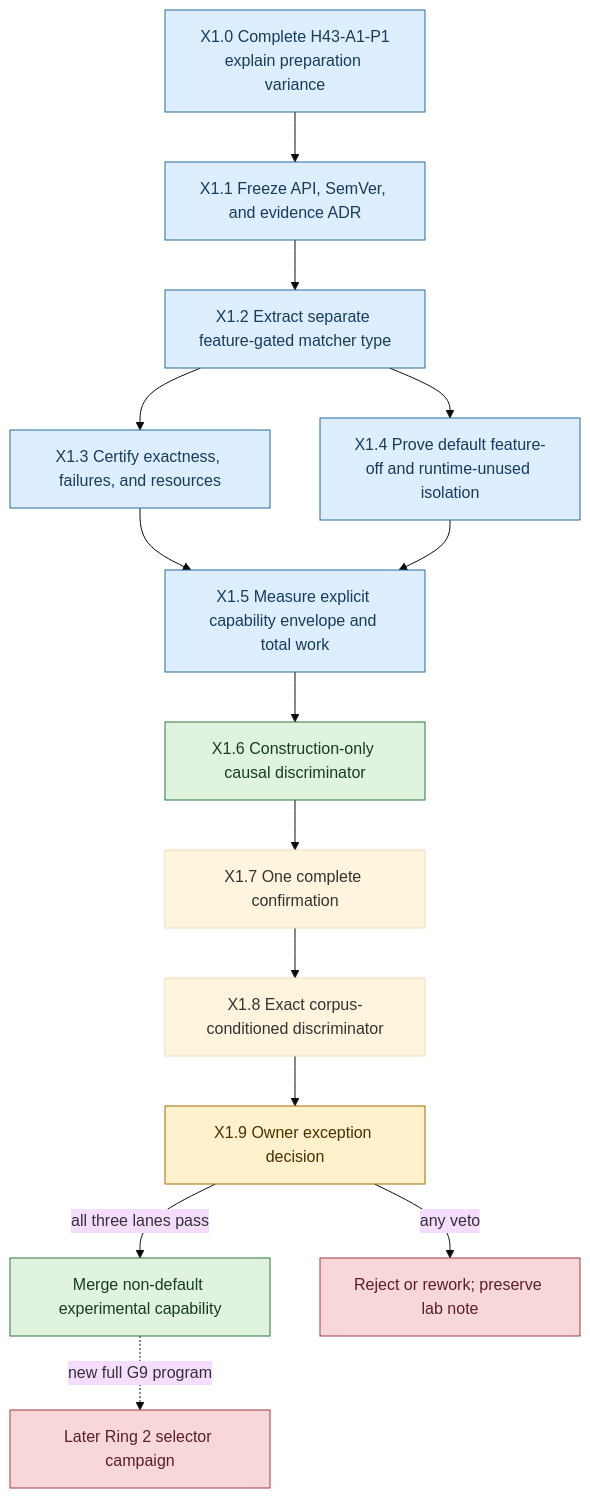
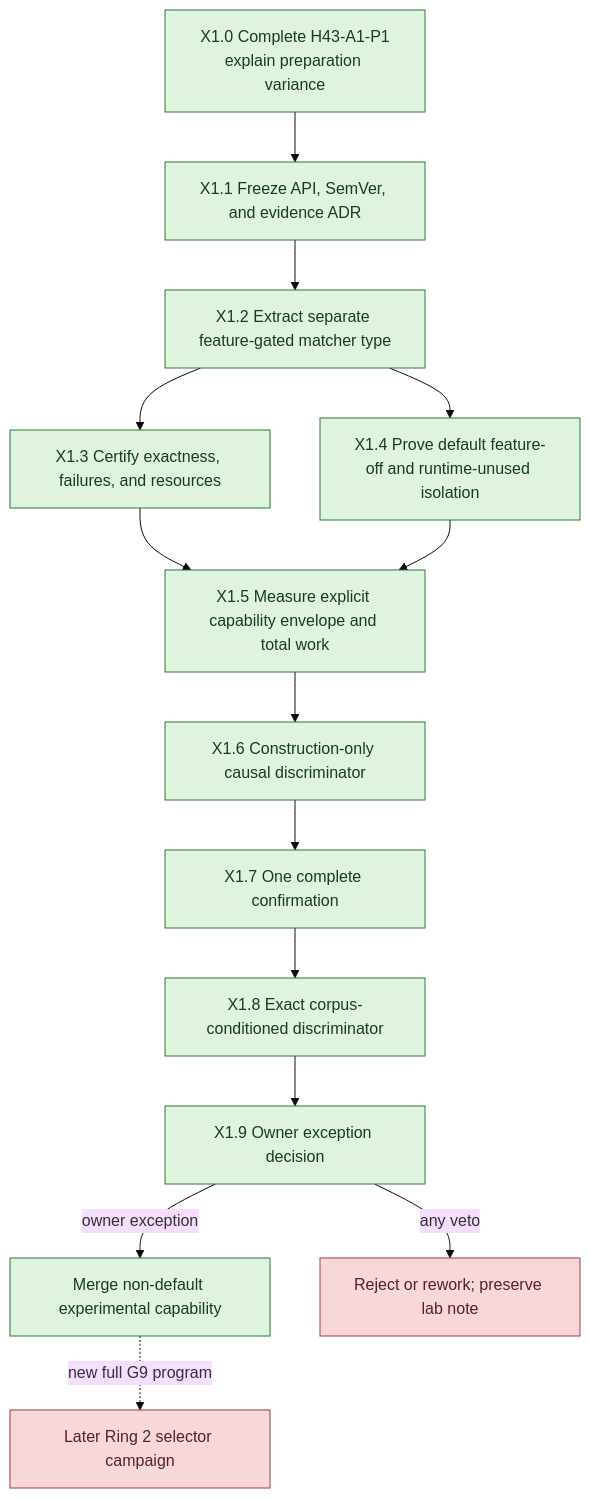
One commit to la3lma/rustmatch changed the second of 2 diagrams in docs/experiments/h43-explicit-risk-tier-design.md. Above: the diagram before and after it, drawn with Mermaid (base theme). The commit also changed other lines of this file and 44 other files, not shown here.

Commit message:
Record H43 owner exception and requalify integration

````diff
--- a/docs/experiments/h43-explicit-risk-tier-design.md
+++ b/docs/experiments/h43-explicit-risk-tier-design.md
@@ -217,37 +218,34 @@
 ```mermaid
 flowchart TD
     P1["X1.0 Complete H43-A1-P1<br/>explain preparation variance"]
     ADR["X1.1 Freeze API, SemVer, and evidence ADR"]
     ISO["X1.2 Extract separate feature-gated matcher type"]
     SEM["X1.3 Certify exactness, failures, and resources"]
     DEF["X1.4 Prove default feature-off and runtime-unused isolation"]
     PERF["X1.5 Measure explicit capability envelope and total work"]
     DISC["X1.6 Construction-only causal discriminator"]
     CONF["X1.7 One complete confirmation"]
     COND["X1.8 Exact corpus-conditioned discriminator"]
     REV["X1.9 Owner exception decision"]
     MERGE["Merge non-default experimental capability"]
     STOP["Reject or rework; preserve lab note"]
     AUTO["Later Ring 2 selector campaign"]
 
     P1 --> ADR --> ISO
     ISO --> SEM
     ISO --> DEF
     SEM --> PERF
     DEF --> PERF
     PERF --> DISC --> CONF --> COND --> REV
-    REV -->|"all three lanes pass"| MERGE
+    REV -->|"owner exception"| MERGE
     REV -->|"any veto"| STOP
     MERGE -. "new full G9 program" .-> AUTO
 
     classDef complete fill:#dff3df,stroke:#287a3d,color:#163d22
     classDef planned fill:#dceeff,stroke:#276a9b,color:#173d59
     classDef decision fill:#fff1cc,stroke:#a66b00,color:#4a3100
     classDef blocked fill:#f8d7da,stroke:#a33a43,color:#5a2025
-    class P1 planned
-    class ADR,ISO,SEM,DEF,PERF planned
-    class DISC complete
-    class REV decision
+    class P1,ADR,ISO,SEM,DEF,PERF,DISC,CONF,COND,REV complete
     class MERGE complete
     class STOP,AUTO blocked
 ```
````
